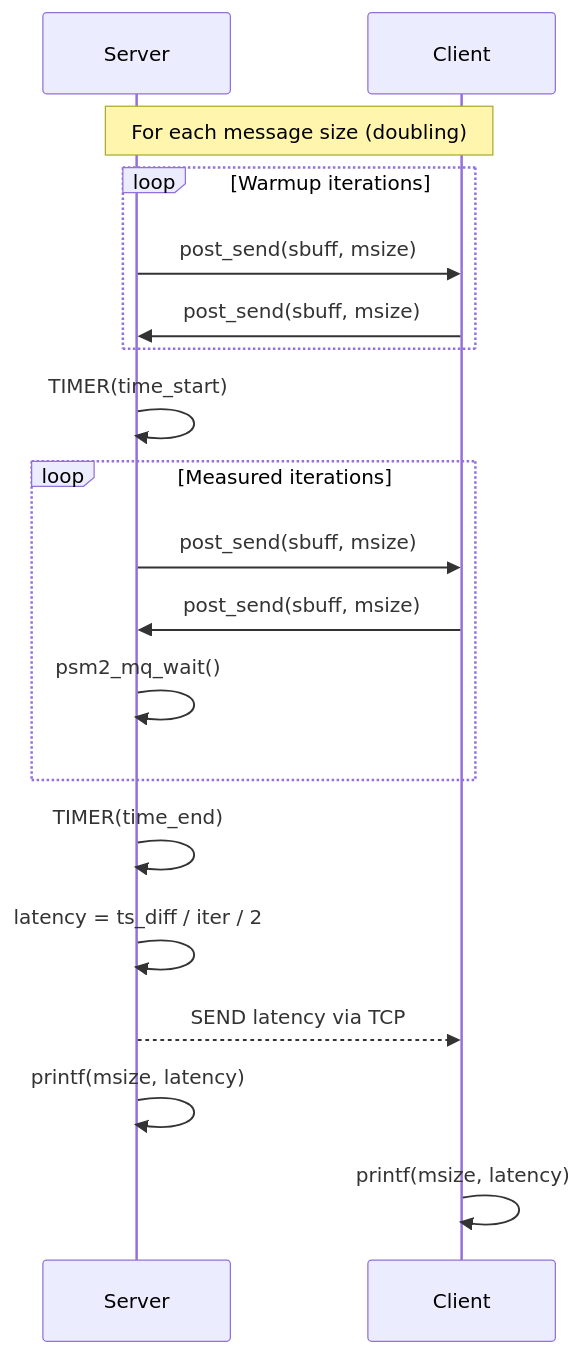
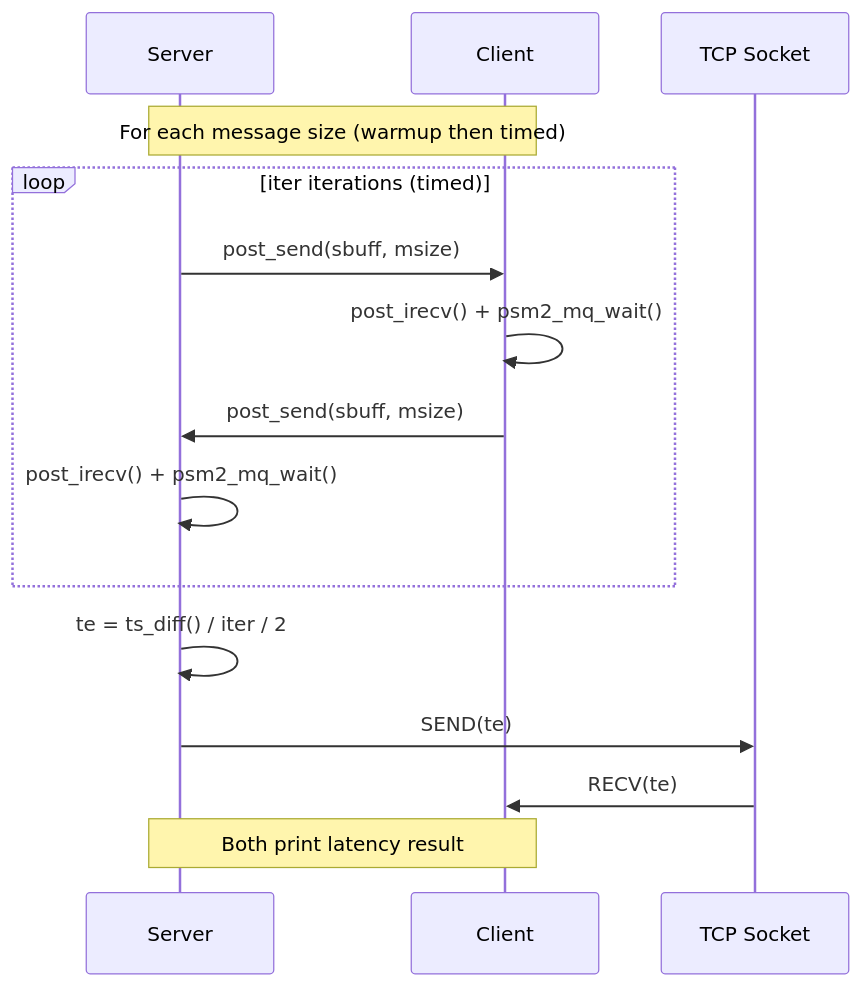
Before and after one commit to cornelisnetworks/opa-psm2-tests: the third of 4 diagrams in docs/opa-psm2-tests.md, drawn with Mermaid. The commit also changed other lines of this file, not shown here.

````diff
--- a/docs/opa-psm2-tests.md
+++ b/docs/opa-psm2-tests.md
@@ -86,27 +80,18 @@
 ```mermaid
 sequenceDiagram
     participant Server
     participant Client
+    participant TCP as TCP Socket
 
-    Note over Server,Client: For each message size (doubling)
-
-    loop Warmup iterations
+    Note over Server,Client: For each message size (warmup then timed)
+    loop iter iterations (timed)
         Server->>Client: post_send(sbuff, msize)
+        Client->>Client: post_irecv() + psm2_mq_wait()
         Client->>Server: post_send(sbuff, msize)
+        Server->>Server: post_irecv() + psm2_mq_wait()
     end
-
-    Server->>Server: TIMER(time_start)
-
-    loop Measured iterations
-        Server->>Client: post_send(sbuff, msize)
-        Client->>Server: post_send(sbuff, msize)
-        Server->>Server: psm2_mq_wait()
-    end
-
-    Server->>Server: TIMER(time_end)
-    Server->>Server: latency = ts_diff / iter / 2
-
-    Server-->>Client: SEND latency via TCP
-    Server->>Server: printf(msize, latency)
-    Client->>Client: printf(msize, latency)
+    Server->>Server: te = ts_diff() / iter / 2
+    Server->>TCP: SEND(te)
+    TCP->>Client: RECV(te)
+    Note over Server,Client: Both print latency result
 ```
````
